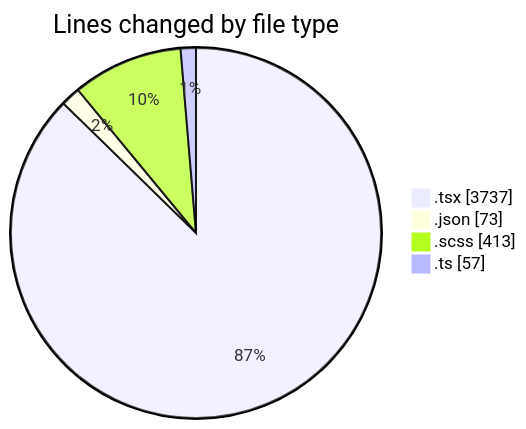
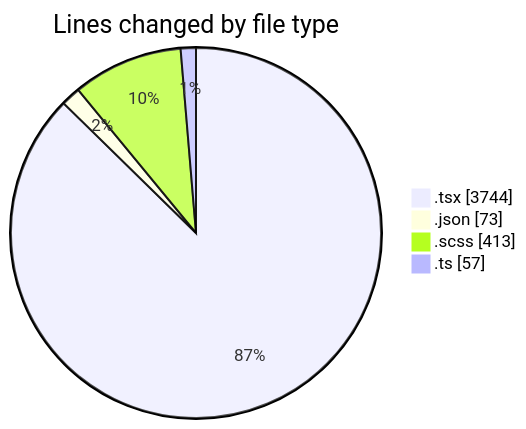
Before and after one commit to momahboobian/code-tracking: the first of 2 diagrams in 2025-10-02/cda/README.md, drawn with Mermaid. The commit also changed other lines of this file and 1 other file, not shown here.

````diff
--- a/2025-10-02/cda/README.md
+++ b/2025-10-02/cda/README.md
@@ -29,8 +29,8 @@
 ```mermaid
 pie showData
 title Lines changed by file type
-".tsx" : 3737
+".tsx" : 3744
 ".json" : 73
 ".scss" : 413
 ".ts" : 57
 ```
````
